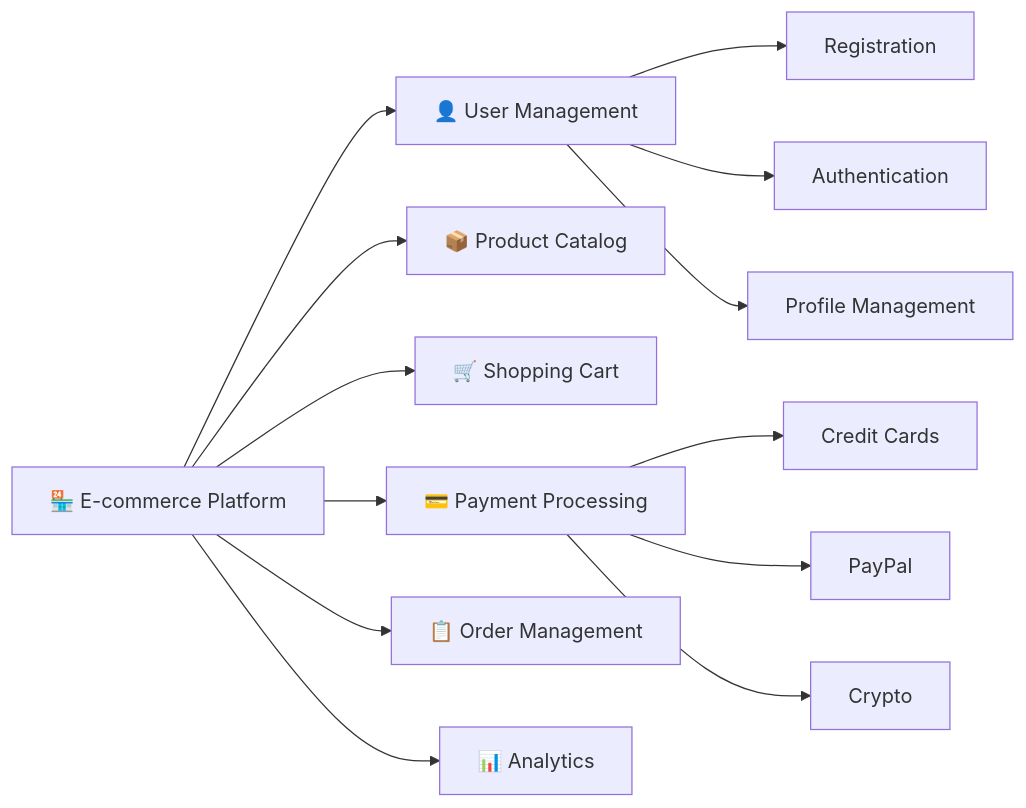
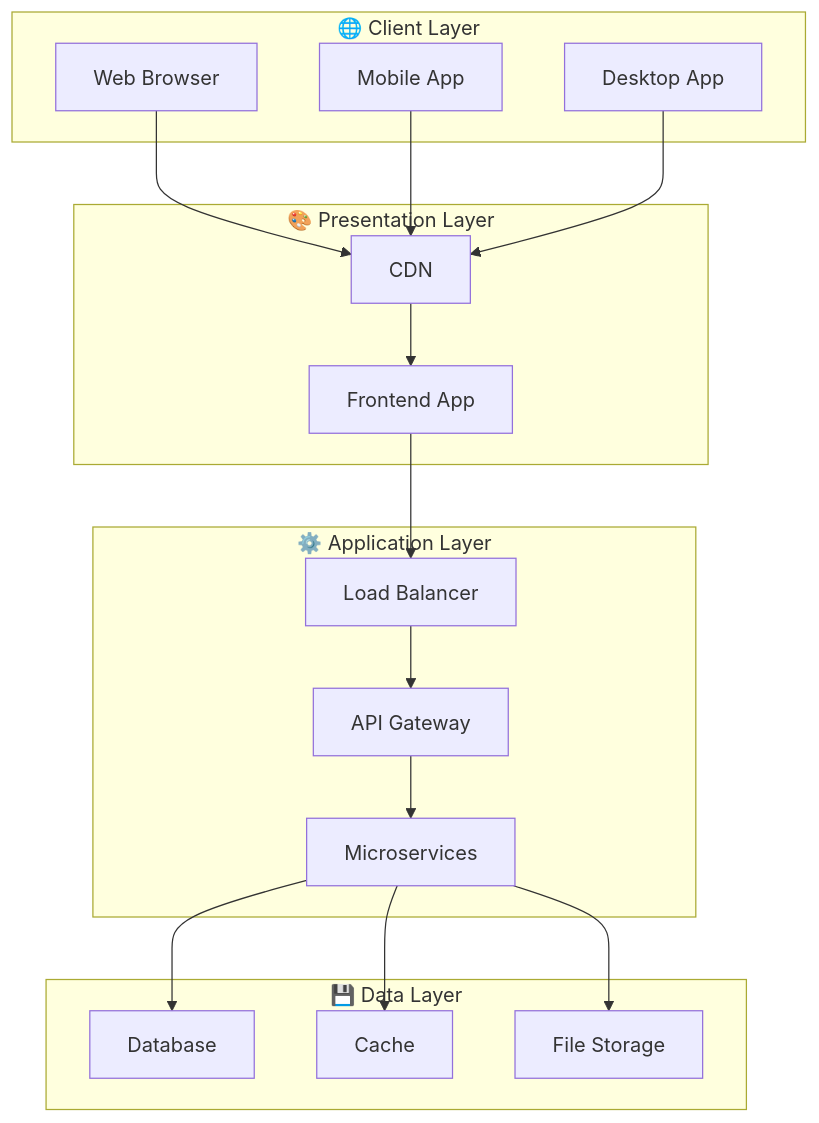
The second of 20 diagrams in docs/presentations/presentation-01.md (olroi421/course-web), drawn with Mermaid before and after one commit. The commit also changed other lines of this file and 2 other files, not shown here.

````diff
--- a/docs/presentations/presentation-01.md
+++ b/docs/presentations/presentation-01.md
@@ -69,17 +39,36 @@
 ```mermaid
-graph LR
-    A[🏪 E-commerce Platform] --> B[👤 User Management]
-    A --> C[📦 Product Catalog]
-    A --> D[🛒 Shopping Cart]
-    A --> E[💳 Payment Processing]
-    A --> F[📋 Order Management]
-    A --> G[📊 Analytics]
+graph TB
+    subgraph "🌐 Client Layer"
+        A[Web Browser]
+        B[Mobile App]
+        C[Desktop App]
+    end
 
-    B --> H[Registration]
-    B --> I[Authentication]
-    B --> J[Profile Management]
+    subgraph "🎨 Presentation Layer"
+        D[CDN]
+        E[Frontend App]
+    end
 
-    E --> K[Credit Cards]
-    E --> L[PayPal]
-    E --> M[Crypto]
+    subgraph "⚙️ Application Layer"
+        F[Load Balancer]
+        G[API Gateway]
+        H[Microservices]
+    end
+
+    subgraph "💾 Data Layer"
+        I[Database]
+        J[Cache]
+        K[File Storage]
+    end
+
+    A --> D
+    B --> D
+    C --> D
+    D --> E
+    E --> F
+    F --> G
+    G --> H
+    H --> I
+    H --> J
+    H --> K
 ```
````
